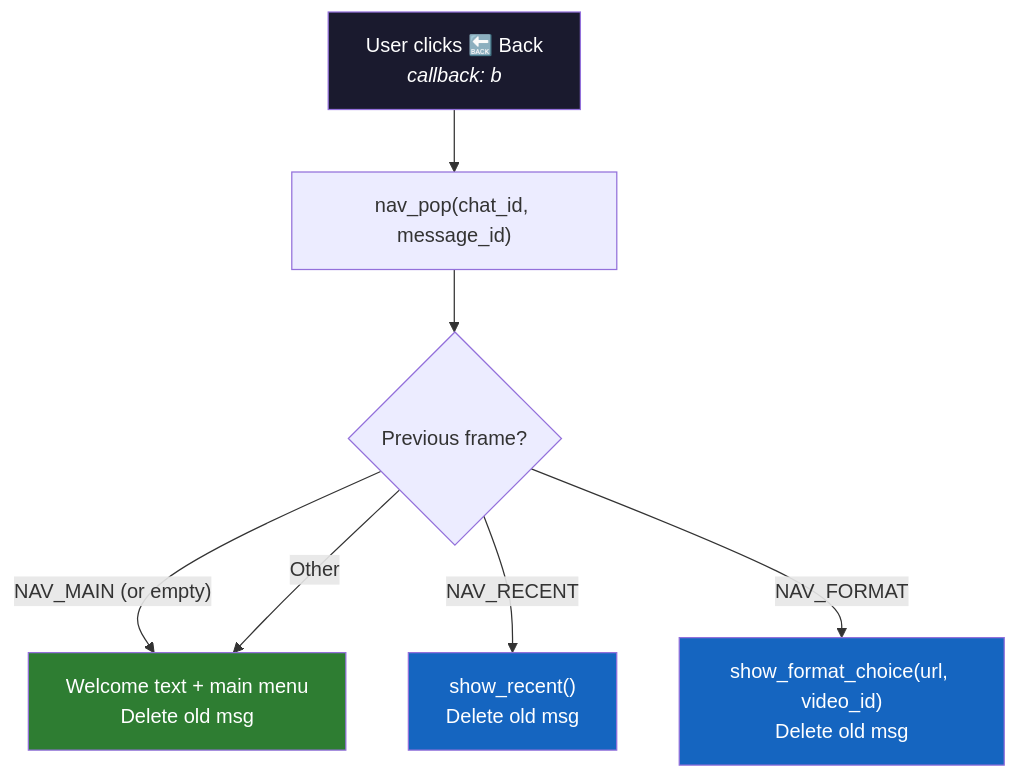
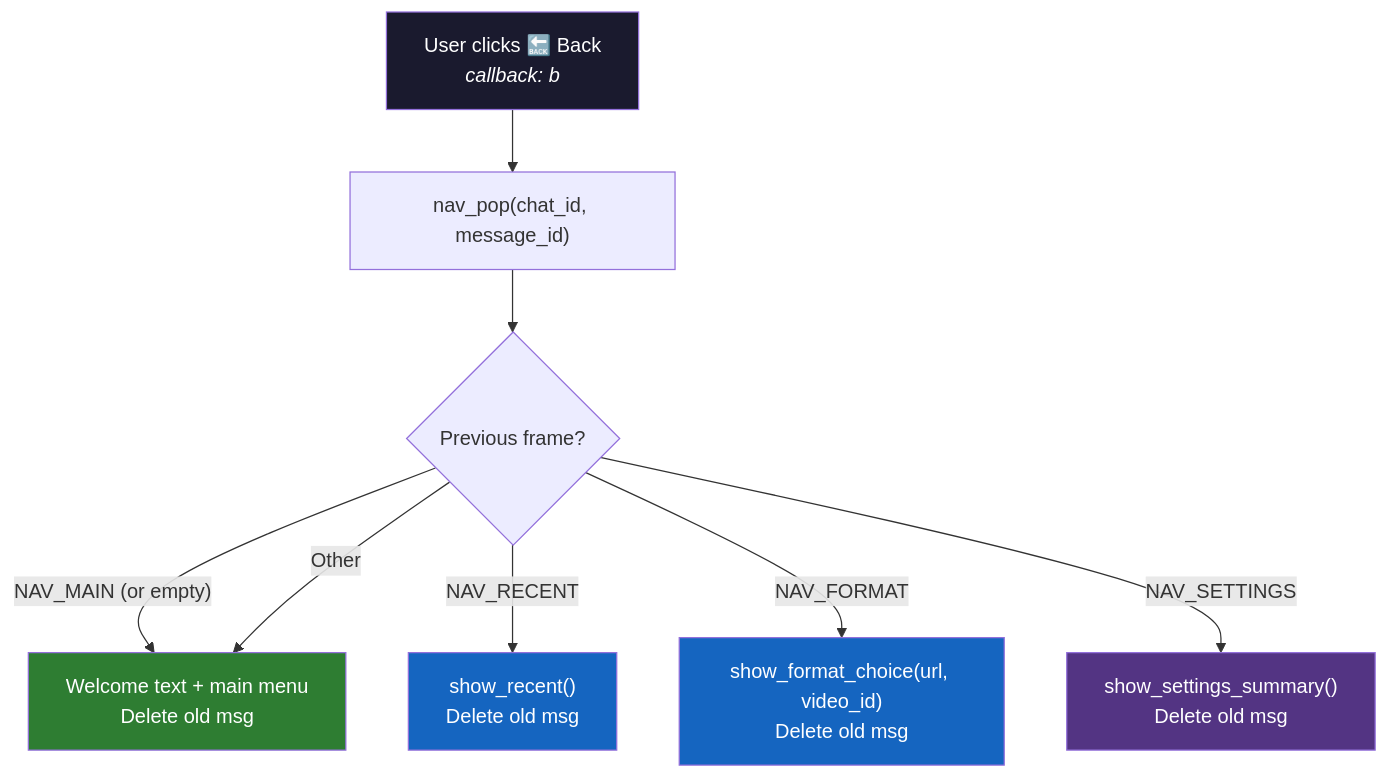
One commit to HoomanJCode/Telegram_Yt_Bot changed diagram 15 of 17 in docs/USER_FLOWS.md. Above: the diagram before and after it, drawn with Mermaid. The commit also changed other lines of this file, not shown here.

First line of the commit message:
docs(user-flows): update USER_FLOWS.md for redesigned main menu and Quick Settings

````diff
--- a/docs/USER_FLOWS.md
+++ b/docs/USER_FLOWS.md
@@ -623,15 +671,18 @@
 ```mermaid
 flowchart TD
     CLICK["User clicks 🔙 Back<br/><i>callback: b</i>"] --> POP["nav_pop(chat_id, message_id)"]
     POP --> PREV{Previous frame?}
 
     PREV -->|"NAV_MAIN (or empty)"| WELCOME["Welcome text + main menu<br/>Delete old msg"]
     PREV -->|"NAV_RECENT"| RECENT["show_recent()<br/>Delete old msg"]
     PREV -->|"NAV_FORMAT"| FORMAT["show_format_choice(url, video_id)<br/>Delete old msg"]
+    PREV -->|"NAV_SETTINGS"| QSETTINGS["show_settings_summary()<br/>Delete old msg"]
     PREV -->|"Other"| WELCOME
+
+    style QSETTINGS fill:#533483,color:#fff
 
     style CLICK fill:#1a1a2e,color:#fff
     style WELCOME fill:#2e7d32,color:#fff
     style RECENT fill:#1565c0,color:#fff
     style FORMAT fill:#1565c0,color:#fff
 ```
````
